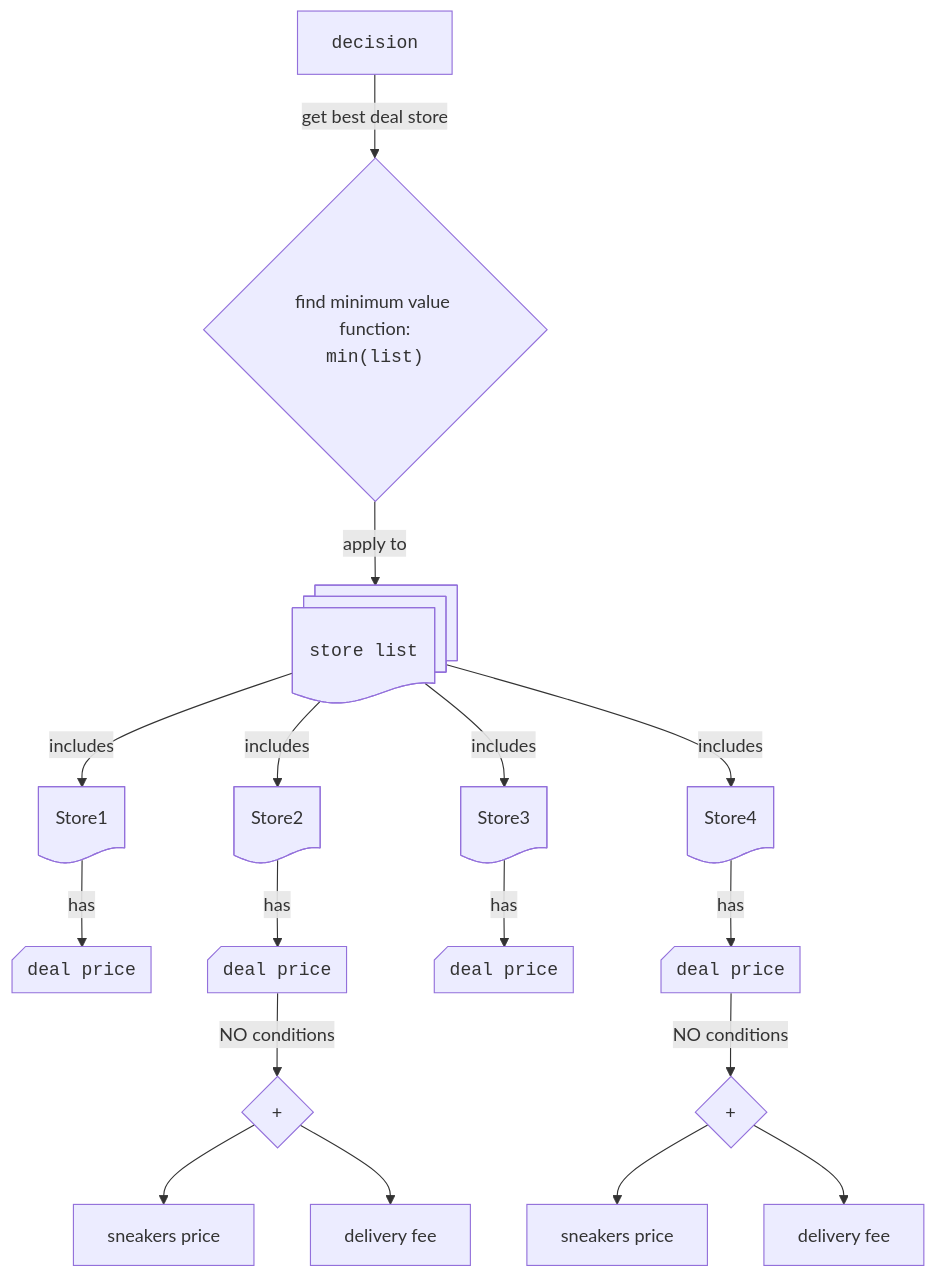
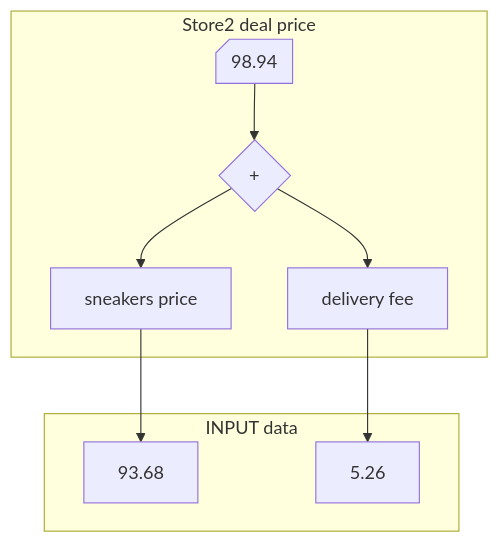
Before and after one commit to Walter462/Sneakers: the seventh of 11 diagrams in README.md, drawn with Mermaid. The commit also changed other lines of this file, not shown here.

Commit message:
docs: add store1 algoritm

````diff
--- a/README.md
+++ b/README.md
@@ -316,25 +357,23 @@
 ```mermaid
 %%{ init : { "themeVariables": { "htmlLabels": true }}}%%
 graph TB
-  decision@{shape: rect, label: "<code>decision</code>"}
-  decision -->|get best deal store| minf
-  minf@{shape: diamond, label: "find minimum value function:\n <code>min(list)</code>"}
-  minf -->|apply to| StoreList@{shape: docs, label: "<code>store list</code>"}
-  StoreList --> |includes|Store1@{shape: doc}
-  StoreList --> |includes|Store2@{shape: doc}
-  StoreList --> |includes|Store3@{shape: doc}
-  StoreList --> |includes|Store4@{shape: doc}
+  Deal_price@{shape: card, label: "98.94"}
+  Deal_price -->Sum  
+  
+  Sum@{shape: diamond, label: " + "}
+  Sum --> sneakers_price@{shape: rect, label: "sneakers price"}
+  Sum --> delivery_fee@{shape: rect, label: "delivery fee"}
 
-  Store1@{shape: doc} --> |has|deal_price1@{shape: card, label: "<code>deal price</code>"}
-  Store2@{shape: doc} --> |has|deal_price2@{shape: card, label: "<code>deal price</code>"}
-  Store3@{shape: doc} --> |has|deal_price3@{shape: card, label: "<code>deal price</code>"}
-  Store4@{shape: doc} --> |has|deal_price4@{shape: card, label: "<code>deal price</code>"}
-
-  Sum2@{shape: diamond, label: " + "}
-  Sum2 --> sneakers_price1@{shape: rect, label: "sneakers price"} & delivery_fee1@{shape: rect, label: "delivery fee"}
-
-  Sum4@{shape: diamond, label: " + "}
-  Sum4 --> sneakers_price4@{shape: rect, label: "sneakers price"} & delivery_fee4@{shape: rect, label: "delivery fee"}
-deal_price2-->|NO conditions|Sum2
-deal_price4-->|NO conditions|Sum4
+  sneakers_price --> store2.sneakers_price@{shape: rect, label: "93.68"}
+  delivery_fee --> store2.delivery_fee@{shape: rect, label: "5.26"}
+  subgraph INPUT data
+  store2.sneakers_price
+  store2.delivery_fee
+  end
+  subgraph Store2 deal price
+  Deal_price 
+  Sum
+  sneakers_price
+  delivery_fee
+  end
 ```
````
